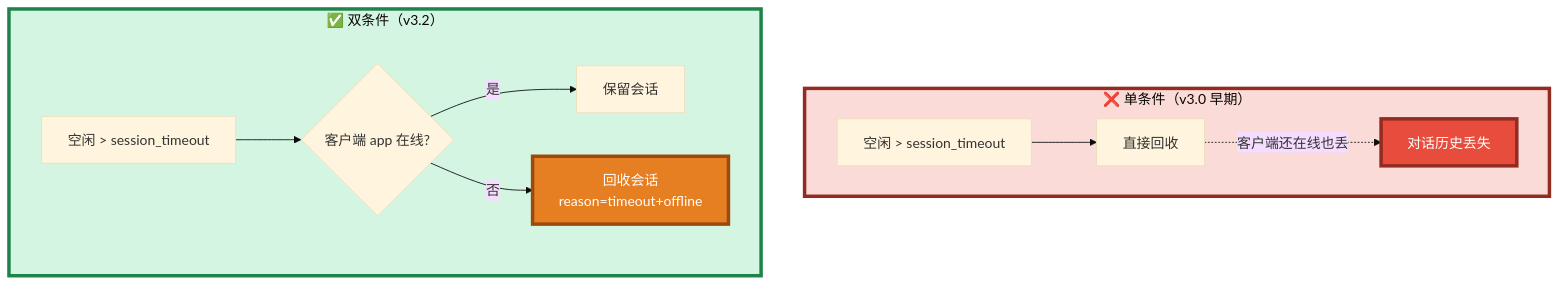
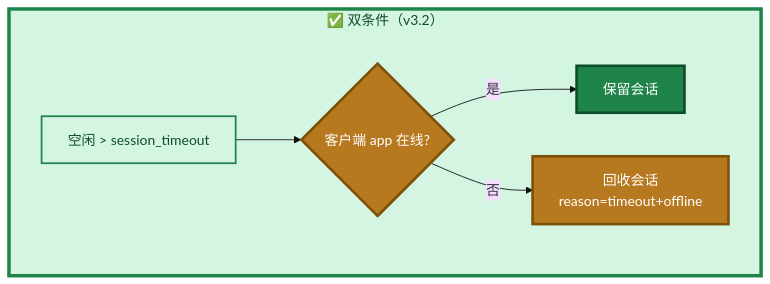
Diagram 17 of 39 in src/llm-service/LingoFuse_LLM_Service_Work_Summary.md (PassByYou888/LingoFuse-pasAgent), drawn with Mermaid (base theme) before and after one commit. The commit also changed other lines of this file, not shown here.

````diff
--- a/src/llm-service/LingoFuse_LLM_Service_Work_Summary.md
+++ b/src/llm-service/LingoFuse_LLM_Service_Work_Summary.md
@@ -532,18 +554,14 @@
 ```mermaid
 flowchart TB
-    subgraph OLD["❌ 单条件（v3.0 早期）"]
-        O1["空闲 > session_timeout"] --> O2["直接回收"]
-        O2 -.->|"客户端还在线也丢"| O3["对话历史丢失"]
-    end
-
     subgraph NEW["✅ 双条件（v3.2）"]
         N1["空闲 > session_timeout"] --> N2{"客户端 app 在线?"}
         N2 -->|是| N3["保留会话"]
         N2 -->|否| N4["回收会话<br/>reason=timeout+offline"]
     end
 
-    style OLD fill:#FADBD8,stroke:#922B21,stroke-width:4px
-    style NEW fill:#D5F5E3,stroke:#1E8449,stroke-width:4px
-    style O3 fill:#E74C3C,stroke:#922B21,stroke-width:4px,color:#FFFFFF
-    style N4 fill:#E67E22,stroke:#9C4A0C,stroke-width:4px,color:#FFFFFF
+    style NEW fill:#D5F5E3,stroke:#1E8449,stroke-width:4px,color:#0E4D2A
+    style N1 fill:#D5F5E3,stroke:#1E8449,stroke-width:2px,color:#0E4D2A
+    style N2 fill:#B7791F,stroke:#7E5109,stroke-width:3px,color:#FFFFFF
+    style N3 fill:#1E8449,stroke:#0E4D2A,stroke-width:3px,color:#FFFFFF
+    style N4 fill:#B7791F,stroke:#7E5109,stroke-width:3px,color:#FFFFFF
 ```
````
